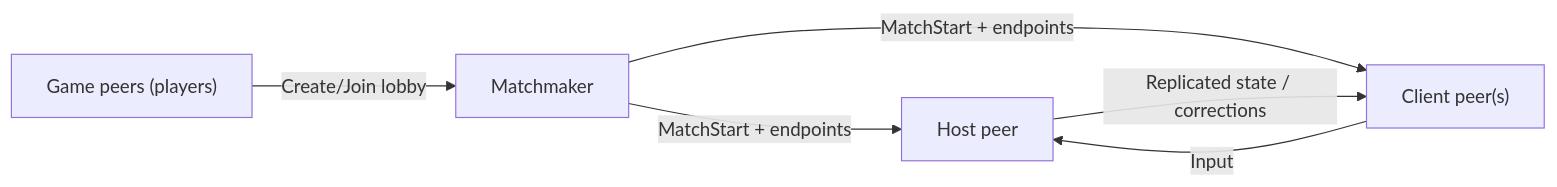
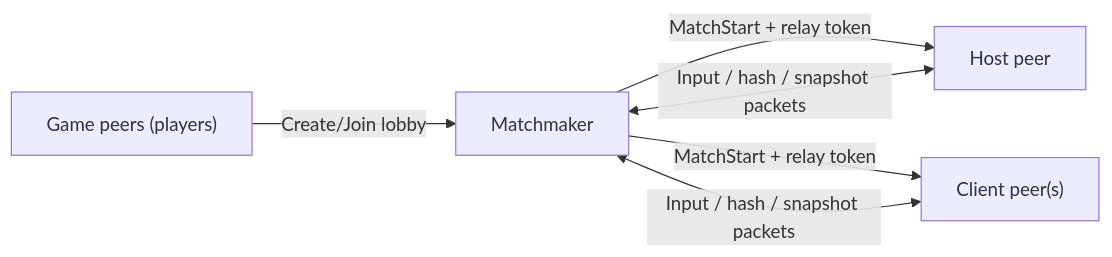
One commit to AidenJWright/RustGameEngine changed the first of 2 diagrams in README.md. Above: the diagram before and after it, drawn with Mermaid. The commit also changed other lines of this file and 13 other files, not shown here.

````diff
--- a/README.md
+++ b/README.md
@@ -12,8 +12,8 @@
 ```mermaid
 flowchart LR
     PEERS["Game peers (players)"] -->|"Create/Join lobby"| MM["Matchmaker"]
-    MM -->|"MatchStart + endpoints"| HOST["Host peer"]
-    MM -->|"MatchStart + endpoints"| CLIENT["Client peer(s)"]
-    CLIENT -->|"Input"| HOST
-    HOST -->|"Replicated state / corrections"| CLIENT
+    MM -->|"MatchStart + relay token"| HOST["Host peer"]
+    MM -->|"MatchStart + relay token"| CLIENT["Client peer(s)"]
+    HOST <-->|"Input / hash / snapshot packets"| MM
+    CLIENT <-->|"Input / hash / snapshot packets"| MM
 ```
````
